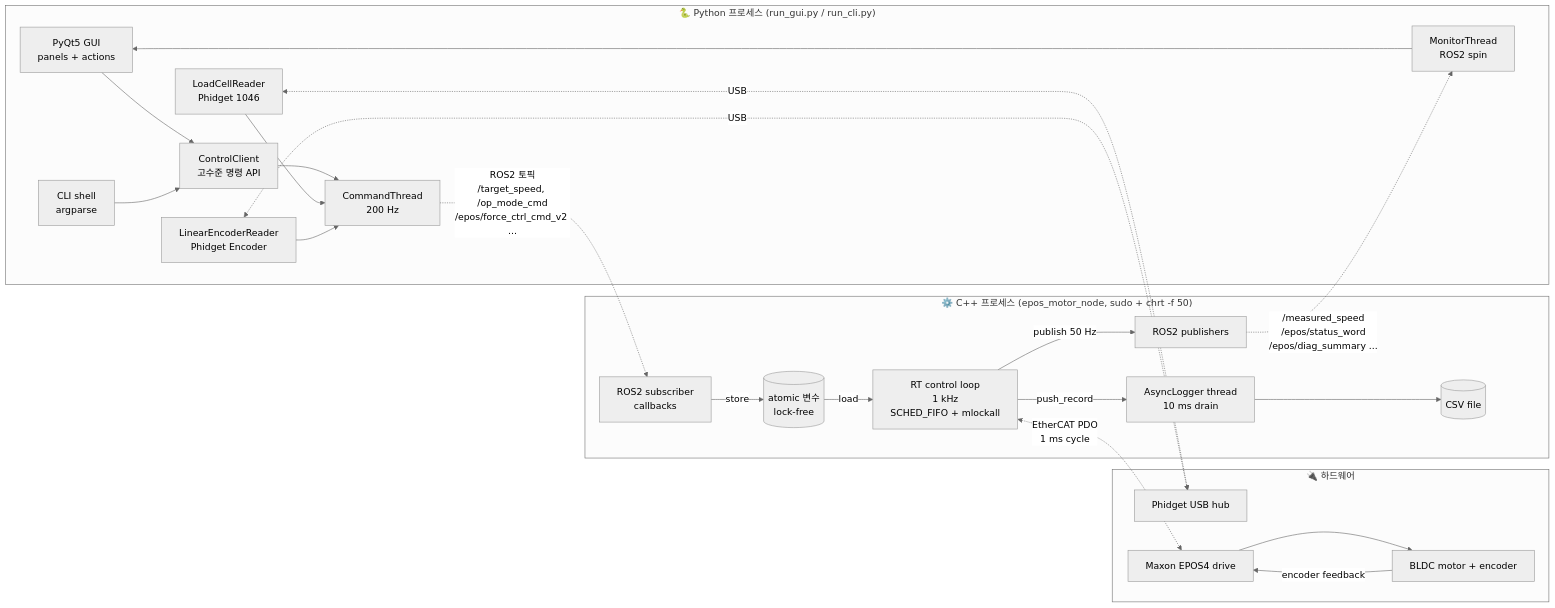
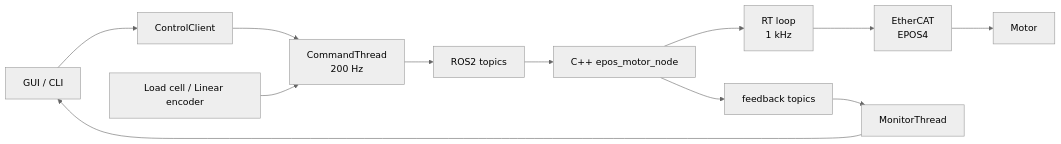
One commit to inlight37-design/motor_control changed the diagram in README.md. Above: the diagram before and after it, drawn with Mermaid (neutral theme). The commit also changed other lines of this file, not shown here.

````diff
--- a/README.md
+++ b/README.md
@@ -40,46 +16,14 @@
 ```mermaid
 flowchart LR
-    subgraph PY["🐍 Python 프로세스 (run_gui.py / run_cli.py)"]
-        UI[PyQt5 GUI<br/>panels + actions]
-        CLI[CLI shell<br/>argparse]
-        CC[ControlClient<br/>고수준 명령 API]
-        CT[CommandThread<br/>200 Hz]
-        MT[MonitorThread<br/>ROS2 spin]
-        LCR[LoadCellReader<br/>Phidget 1046]
-        LER[LinearEncoderReader<br/>Phidget Encoder]
-        UI --> CC
-        CLI --> CC
-        CC --> CT
-        MT --> UI
-        LCR --> CT
-        LER --> CT
-    end
-
-    subgraph CPP["⚙️ C++ 프로세스 (epos_motor_node, sudo + chrt -f 50)"]
-        ROS_CB[ROS2 subscriber<br/>callbacks]
-        ATOM[(atomic 변수<br/>lock-free)]
-        RT[RT control loop<br/>1 kHz<br/>SCHED_FIFO + mlockall]
-        LOG[AsyncLogger thread<br/>10 ms drain]
-        CSV[(CSV file)]
-        ROS_CB -->|store| ATOM
-        ATOM -->|load| RT
-        RT -->|push_record| LOG
-        LOG --> CSV
-        RT -->|publish 50 Hz| ROS_PUB[ROS2 publishers]
-    end
-
-    subgraph HW["🔌 하드웨어"]
-        PHID[Phidget USB hub]
-        EPOS[Maxon EPOS4 drive]
-        MOTOR[BLDC motor + encoder]
-    end
-
-    CT -.->|"ROS2 토픽<br/>/target_speed, /op_mode_cmd<br/>/epos/force_ctrl_cmd_v2 ..."| ROS_CB
-    ROS_PUB -.->|"/measured_speed<br/>/epos/status_word<br/>/epos/diag_summary ..."| MT
-
-    LCR <-.->|USB| PHID
-    LER <-.->|USB| PHID
-    RT <-.->|EtherCAT PDO<br/>1 ms cycle| EPOS
-    EPOS --> MOTOR
-    MOTOR -->|encoder feedback| EPOS
+    UI[GUI / CLI] --> API[ControlClient]
+    API --> CMD[CommandThread<br/>200 Hz]
+    CMD --> TOPIC[ROS2 topics]
+    TOPIC --> NODE[C++ epos_motor_node]
+    NODE --> RT[RT loop<br/>1 kHz]
+    RT --> EPOS[EtherCAT<br/>EPOS4]
+    EPOS --> MOTOR[Motor]
+    NODE --> FB[feedback topics]
+    FB --> MON[MonitorThread]
+    MON --> UI
+    SENSOR[Load cell / Linear encoder] --> CMD
 ```
````
